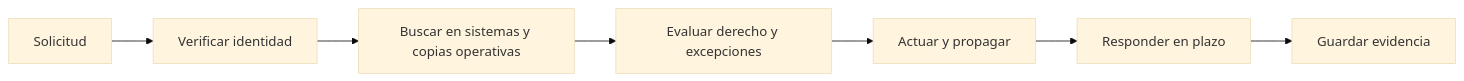
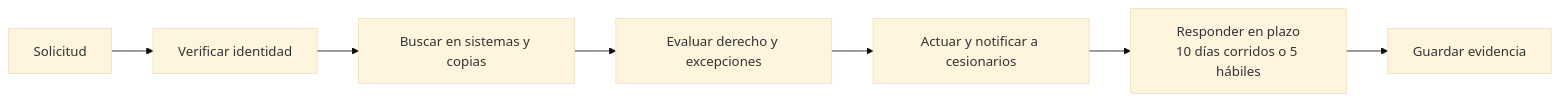
The second of 2 diagrams in src/content/docs/bbdd-aplicadas/unidad-6/teoria/ley-25326.md (unlam-informatica/unlam-informatica.github.io), drawn with Mermaid (base theme) before and after one commit. The commit also changed other lines of this file and 100 other files, not shown here.

````diff
--- a/src/content/docs/bbdd-aplicadas/unidad-6/teoria/ley-25326.md
+++ b/src/content/docs/bbdd-aplicadas/unidad-6/teoria/ley-25326.md
@@ -95,9 +128,9 @@
 ```mermaid
 flowchart LR
     S[Solicitud] --> I[Verificar identidad]
-    I --> B[Buscar en sistemas y copias operativas]
+    I --> B[Buscar en sistemas y copias]
     B --> E[Evaluar derecho y excepciones]
-    E --> A[Actuar y propagar]
-    A --> R[Responder en plazo]
+    E --> A[Actuar y notificar a cesionarios]
+    A --> R[Responder en plazo<br/>10 días corridos o 5 hábiles]
     R --> V[Guardar evidencia]
 ```
````
